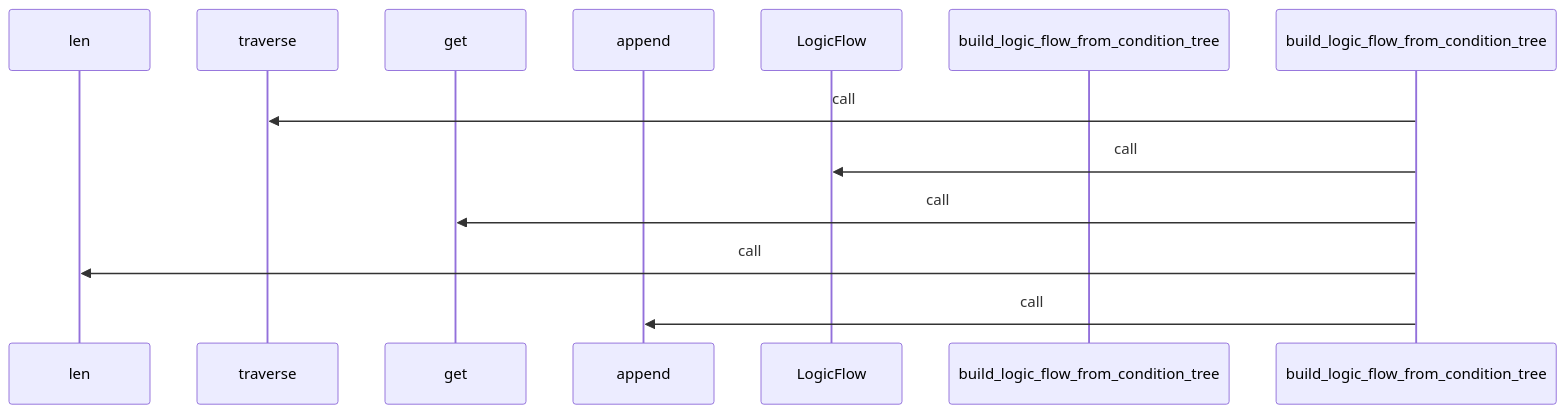
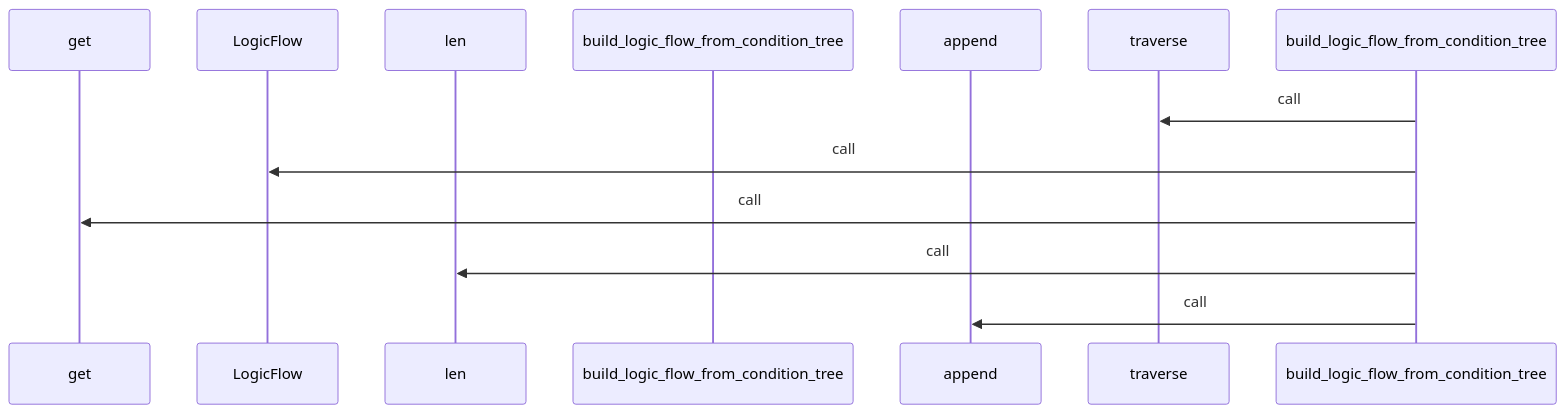
One commit to yeonjae-personal/codemuse-backend changed the fourth of 5 diagrams in generated_docs/rule_analyzer/analyzers/logic_flow.md. Above: the diagram before and after it, drawn with Mermaid. The commit also changed other lines of this file and 3991 other files, not shown here.

First line of the commit message:
feat: 워크플로우 개선 및 핵심 문서 자동 생성 구현

````diff
--- a/generated_docs/rule_analyzer/analyzers/logic_flow.md
+++ b/generated_docs/rule_analyzer/analyzers/logic_flow.md
@@ -133,14 +133,14 @@
 ```mermaid
 sequenceDiagram
+  participant get as get
+  participant LogicFlow as LogicFlow
   participant len as len
+  participant build_logic_flow_from_co as build_logic_flow_from_condition_tree
+  participant append as append
   participant traverse as traverse
-  participant get as get
-  participant append as append
-  participant LogicFlow as LogicFlow
-  participant build_logic_flow_from_co as build_logic_flow_from_condition_tree
   build_logic_flow_from_condition_tree->>traverse: call
   build_logic_flow_from_condition_tree->>LogicFlow: call
   build_logic_flow_from_condition_tree->>get: call
   build_logic_flow_from_condition_tree->>len: call
   build_logic_flow_from_condition_tree->>append: call
 ```
````
